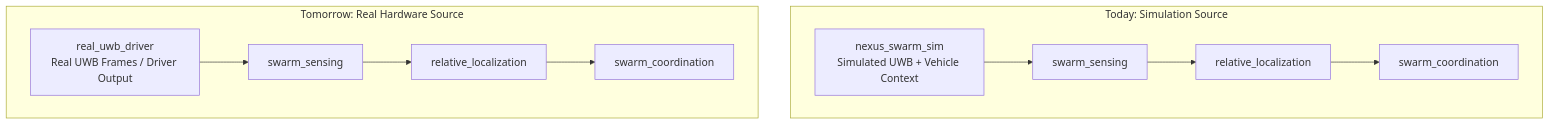
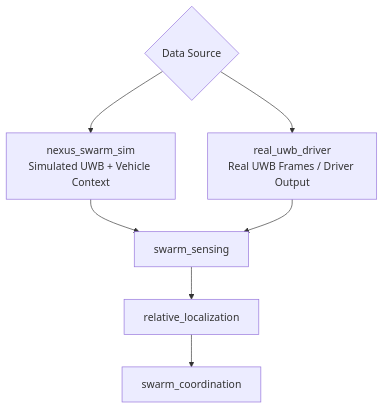
The diagram in docs/downstream/README.md (tayfurcnr/nexus_swarm_sim), drawn with Mermaid before and after one commit.

Commit message:
Simplify downstream sim-to-real diagram

````diff
--- a/docs/downstream/README.md
+++ b/docs/downstream/README.md
@@ -45,20 +45,16 @@
 ```mermaid
 flowchart TB
-    subgraph Today["Today: Simulation Source"]
-        SIM[nexus_swarm_sim\nSimulated UWB + Vehicle Context]
-        SENSE1[swarm_sensing]
-        LOC1[relative_localization]
-        COORD1[swarm_coordination]
+    SOURCE{Data Source}
+    SIM[nexus_swarm_sim\nSimulated UWB + Vehicle Context]
+    HW[real_uwb_driver\nReal UWB Frames / Driver Output]
+    SENSE[swarm_sensing]
+    LOC[relative_localization]
+    COORD[swarm_coordination]
 
-        SIM --> SENSE1 --> LOC1 --> COORD1
-    end
-
-    subgraph Tomorrow["Tomorrow: Real Hardware Source"]
-        HW[real_uwb_driver\nReal UWB Frames / Driver Output]
-        SENSE2[swarm_sensing]
-        LOC2[relative_localization]
-        COORD2[swarm_coordination]
-
-        HW --> SENSE2 --> LOC2 --> COORD2
-    end
+    SOURCE --> SIM
+    SOURCE --> HW
+    SIM --> SENSE
+    HW --> SENSE
+    SENSE --> LOC
+    LOC --> COORD
 ```
````
